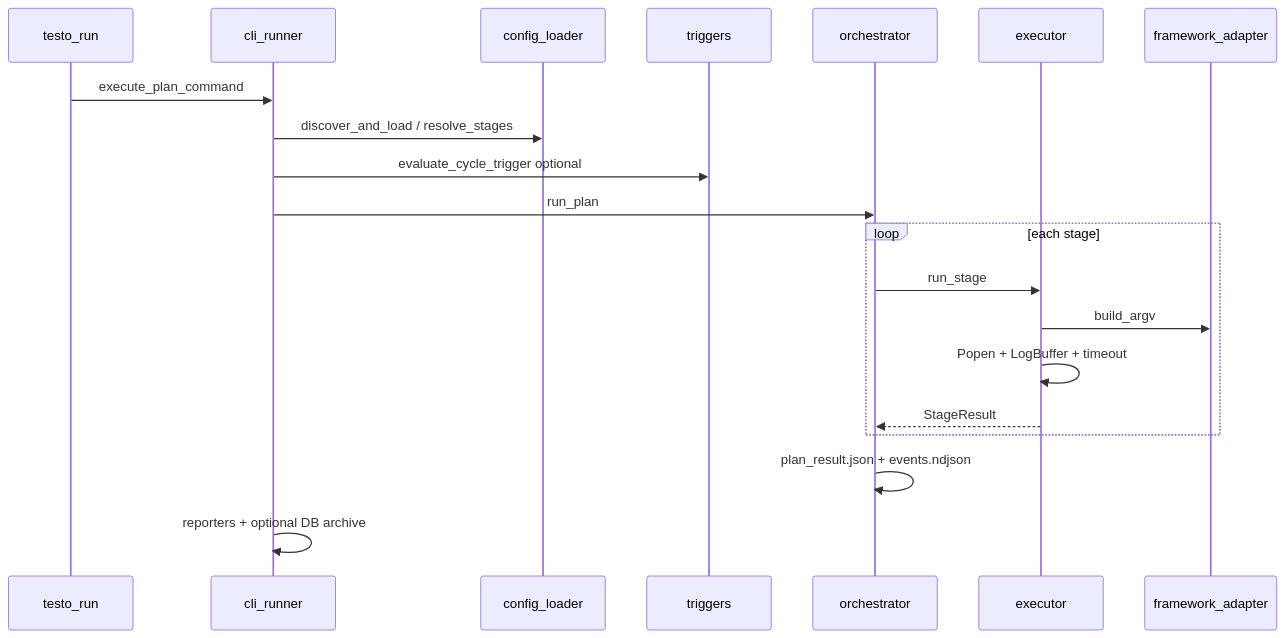
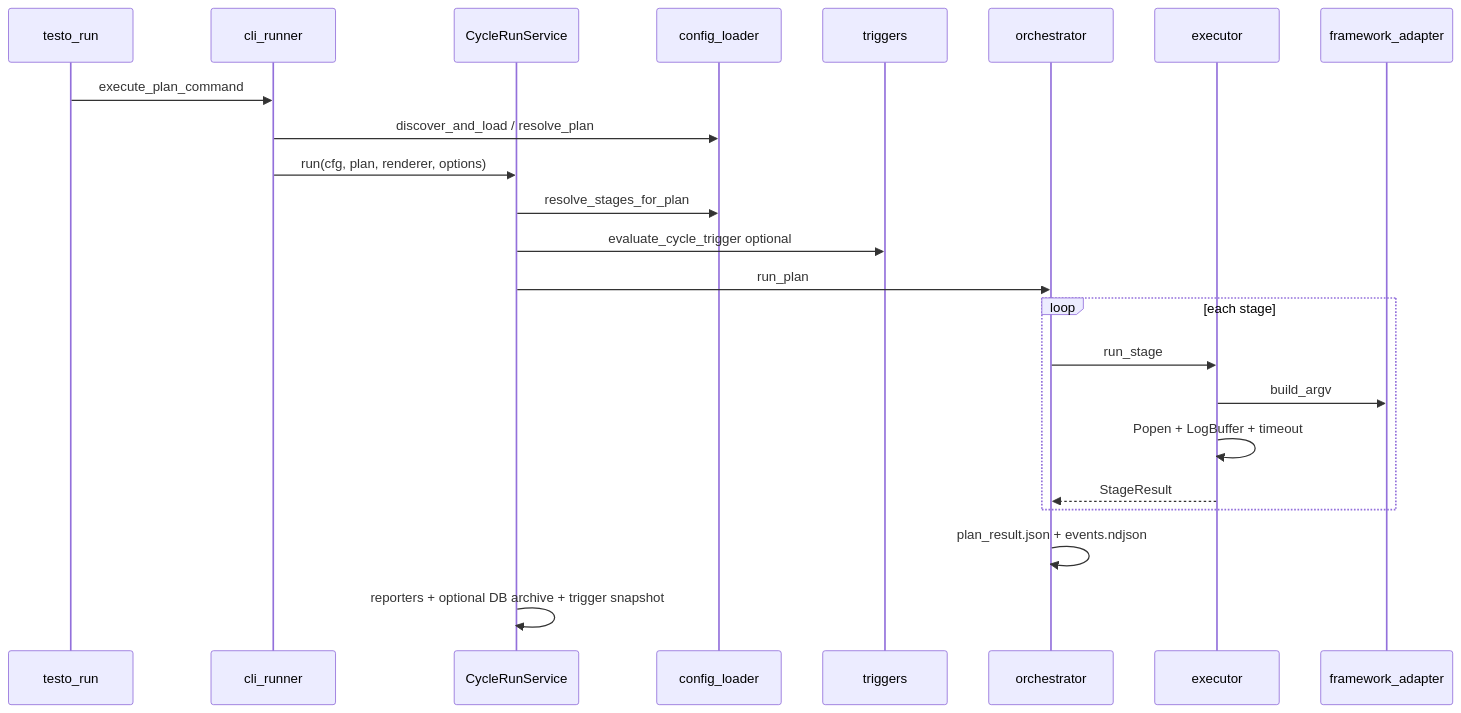
One commit to actions-marketplace-validations/arieleven_qasight changed the diagram in docs/Architecture/Deep Dive - Execution Logic.md. Above: the diagram before and after it, drawn with Mermaid. The commit also changed other lines of this file and 14 other files, not shown here.

First line of the commit message:
refactor: move the cycle use case into CycleRunService (#60)

````diff
--- a/docs/Architecture/Deep Dive - Execution Logic.md
+++ b/docs/Architecture/Deep Dive - Execution Logic.md
@@ -28,23 +28,26 @@
 ```mermaid
 sequenceDiagram
   participant CLI as testo_run
   participant Runner as cli_runner
+  participant Svc as CycleRunService
   participant Config as config_loader
   participant Trig as triggers
   participant Orch as orchestrator
   participant Exec as executor
   participant FW as framework_adapter
 
   CLI->>Runner: execute_plan_command
-  Runner->>Config: discover_and_load / resolve_stages
-  Runner->>Trig: evaluate_cycle_trigger optional
-  Runner->>Orch: run_plan
+  Runner->>Config: discover_and_load / resolve_plan
+  Runner->>Svc: run(cfg, plan, renderer, options)
+  Svc->>Config: resolve_stages_for_plan
+  Svc->>Trig: evaluate_cycle_trigger optional
+  Svc->>Orch: run_plan
   loop each stage
     Orch->>Exec: run_stage
     Exec->>FW: build_argv
     Exec->>Exec: Popen + LogBuffer + timeout
     Exec-->>Orch: StageResult
   end
   Orch->>Orch: plan_result.json + events.ndjson
-  Runner->>Runner: reporters + optional DB archive
+  Svc->>Svc: reporters + optional DB archive + trigger snapshot
 ```
````
